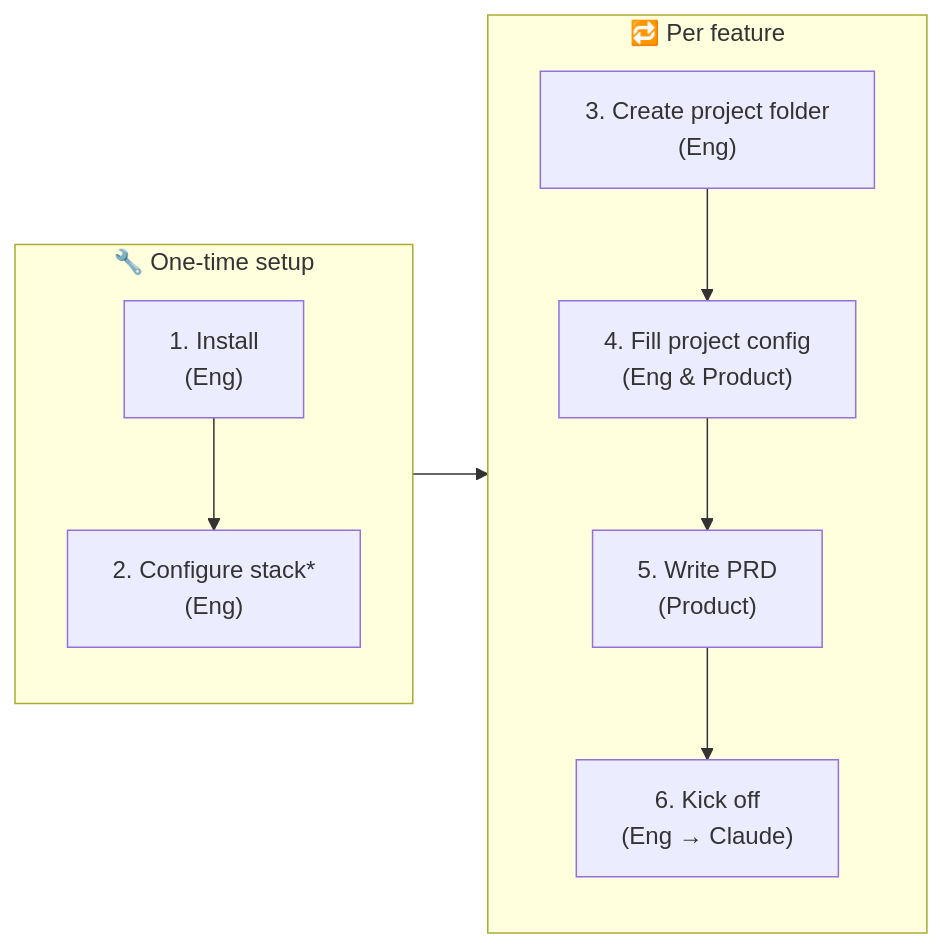
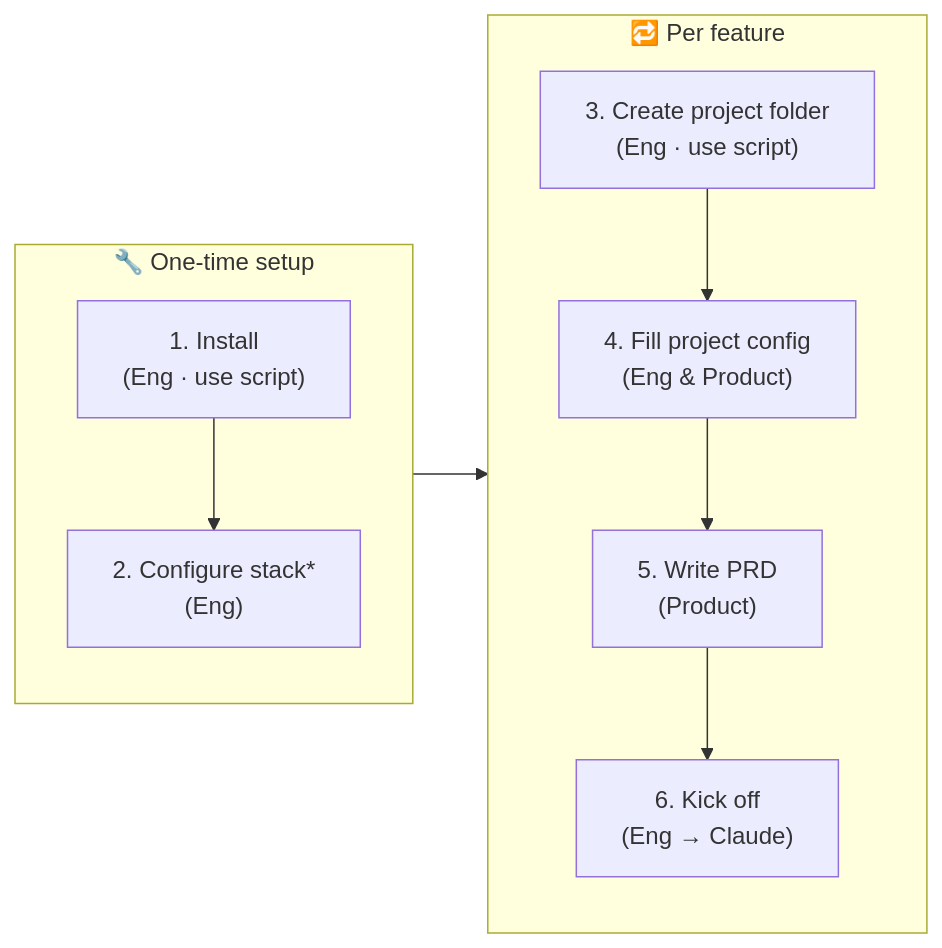
One commit to sans-github/agents changed the diagram in .claude/GETTING-STARTED.md. Above: the diagram before and after it, drawn with Mermaid. The commit also changed other lines of this file and 2 other files, not shown here.

Commit message:
add new-feature.sh script; update docs to reference it instead of manual cp commands

````diff
--- a/.claude/GETTING-STARTED.md
+++ b/.claude/GETTING-STARTED.md
@@ -3,10 +3,10 @@
 ```mermaid
 flowchart LR
   subgraph once["🔧 One-time setup"]
-    s1["1. Install<br/>(Eng)"] --> s2["2. Configure stack*<br/>(Eng)"]
+    s1["1. Install<br/>(Eng · use script)"] --> s2["2. Configure stack*<br/>(Eng)"]
   end
   subgraph feat["🔁 Per feature"]
-    s3["3. Create project folder<br/>(Eng)"] --> s4["4. Fill project config<br/>(Eng & Product)"] --> s5["5. Write PRD<br/>(Product)"] --> s6["6. Kick off<br/>(Eng → Claude)"]
+    s3["3. Create project folder<br/>(Eng · use script)"] --> s4["4. Fill project config<br/>(Eng & Product)"] --> s5["5. Write PRD<br/>(Product)"] --> s6["6. Kick off<br/>(Eng → Claude)"]
   end
   once --> feat
 ```
````
